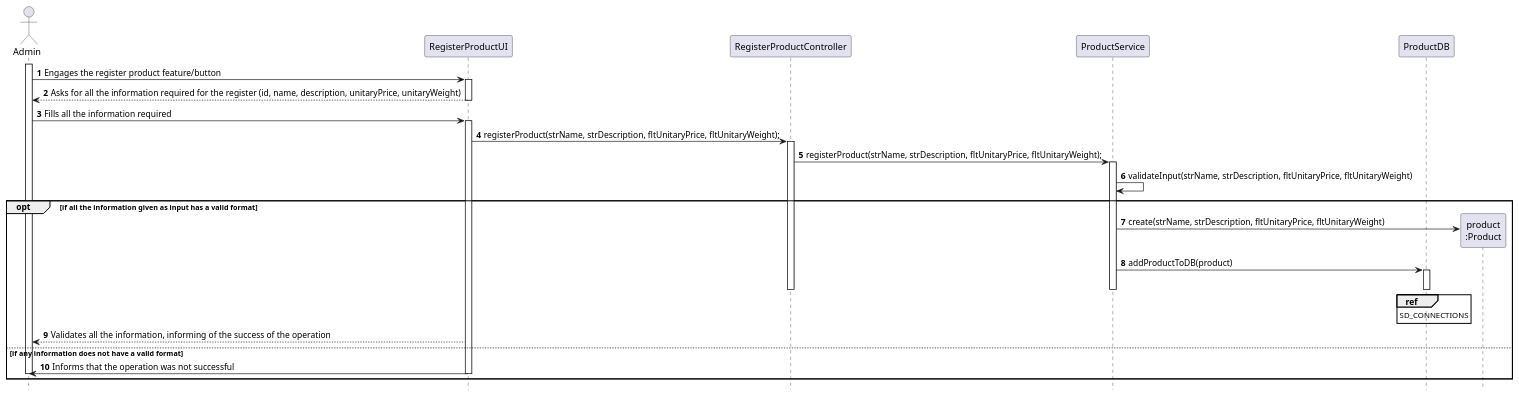
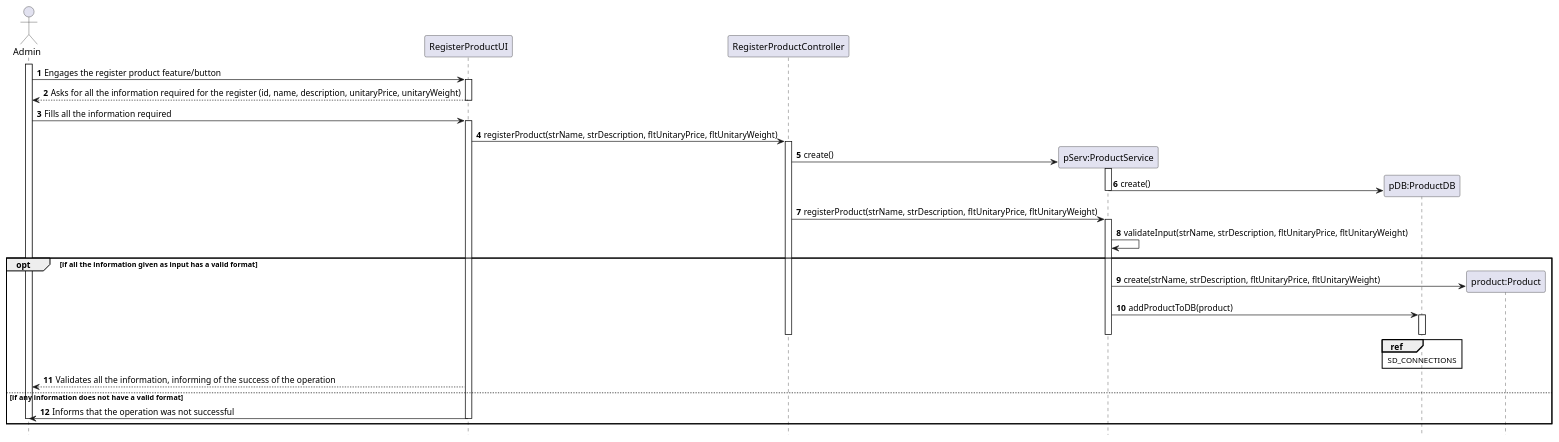
The diagram in docs/Iteration 2/Product Management/Refinement/US70_RegisterProduct/US70_SD.puml (tiagoavcosta25/LAPR3), drawn with PlantUML before and after one commit. The commit also changed 9 other files, not shown here.

```diff
--- a/docs/Iteration 2/Product Management/Refinement/US70_RegisterProduct/US70_SD.puml
+++ b/docs/Iteration 2/Product Management/Refinement/US70_RegisterProduct/US70_SD.puml
@@ -1,43 +1,47 @@
 @startuml
 autonumber
 hide footbox
 
 actor "Admin" as U
 
 participant "RegisterProductUI" as UI
 participant "RegisterProductController" as CTRL
-participant "ProductService" as SER
-participant "ProductDB" as DB
-participant "product\n:Product" as PROD
+participant "pServ:ProductService" as SER
+participant "pDB:ProductDB" as DB
+participant "product:Product" as PROD
 
 activate U
 U -> UI : Engages the register product feature/button
 activate UI
 UI --> U : Asks for all the information required for the register (id, name, description, unitaryPrice, unitaryWeight)
 deactivate UI
 U -> UI : Fills all the information required
 activate UI
-UI -> CTRL : registerProduct(strName, strDescription, fltUnitaryPrice, fltUnitaryWeight);
+UI -> CTRL : registerProduct(strName, strDescription, fltUnitaryPrice, fltUnitaryWeight)
 activate CTRL
-CTRL -> SER : registerProduct(strName, strDescription, fltUnitaryPrice, fltUnitaryWeight);
+CTRL -> SER** : create()
+activate SER
+SER -> DB** : create()
+deactivate SER
+CTRL -> SER : registerProduct(strName, strDescription, fltUnitaryPrice, fltUnitaryWeight)
 activate SER
 SER -> SER : validateInput(strName, strDescription, fltUnitaryPrice, fltUnitaryWeight)
 opt if all the information given as input has a valid format
 SER -> PROD** : create(strName, strDescription, fltUnitaryPrice, fltUnitaryWeight)
 SER -> DB : addProductToDB(product)
 activate DB
 deactivate DB
 ref over DB
 SD_CONNECTIONS
 end ref
 deactivate SER
 deactivate CTRL
 deactivate CTRL
 UI --> U : Validates all the information, informing of the success of the operation
 else if any information does not have a valid format
 UI -> U : Informs that the operation was not successful
 deactivate UI
 deactivate U
 end opt
 
 @enduml
```
